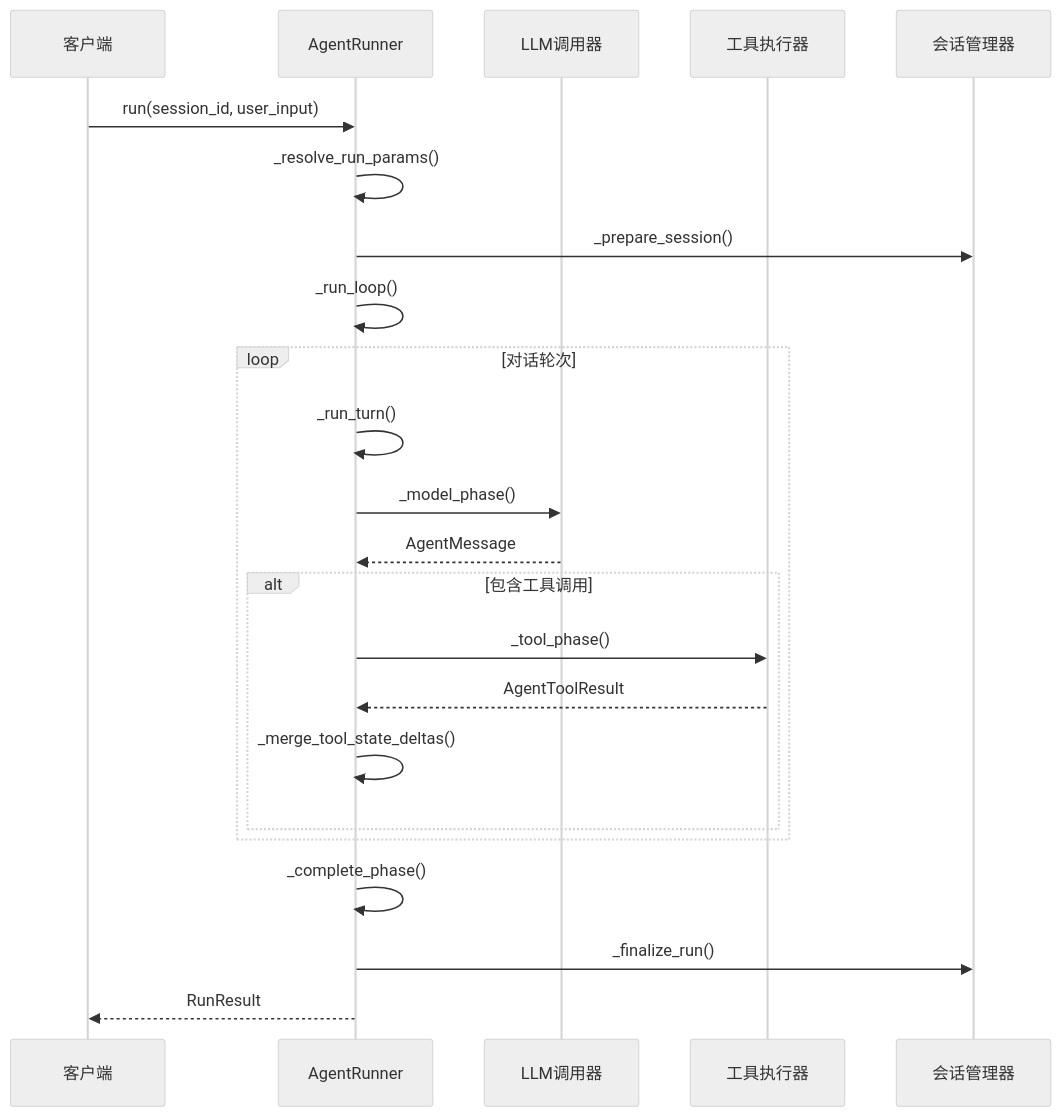
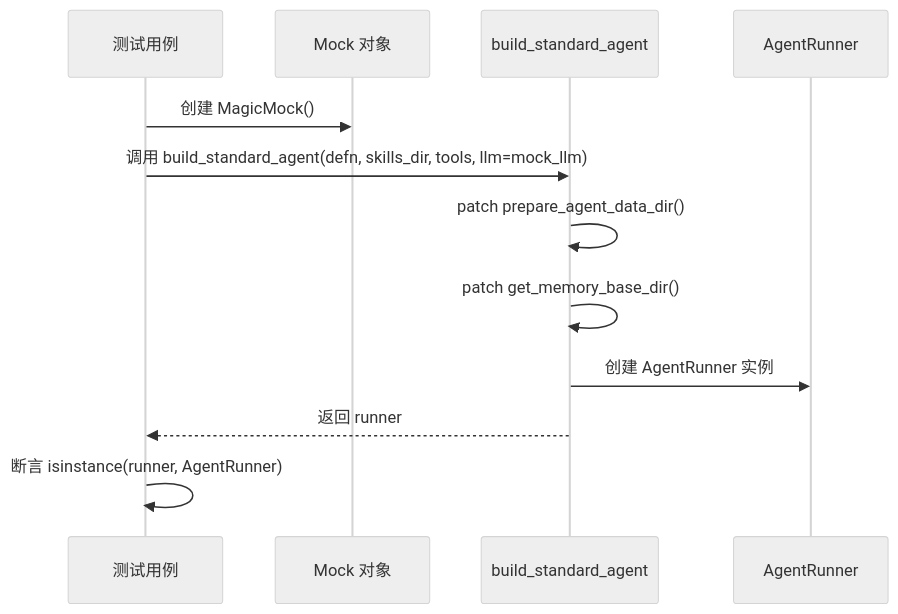
The eighth of 14 diagrams in repowiki/zh/content/测试策略/单元测试/智能体工厂单元测试.md (YU-JI-KUI/ark-agentic), drawn with Mermaid (neutral theme) before and after one commit. The commit also changed other lines of this file and 23 other files, not shown here.

````diff
--- a/repowiki/zh/content/测试策略/单元测试/智能体工厂单元测试.md
+++ b/repowiki/zh/content/测试策略/单元测试/智能体工厂单元测试.md
@@ -312,25 +250,14 @@
 ```mermaid
 sequenceDiagram
-participant Client as 客户端
+participant Test as 测试用例
+participant Mock as Mock 对象
+participant Factory as build_standard_agent
 participant Runner as AgentRunner
-participant LLM as LLM调用器
-participant Tools as 工具执行器
-participant Session as 会话管理器
-Client->>Runner : run(session_id, user_input)
-Runner->>Runner : _resolve_run_params()
-Runner->>Session : _prepare_session()
-Runner->>Runner : _run_loop()
-loop 对话轮次
-Runner->>Runner : _run_turn()
-Runner->>LLM : _model_phase()
-LLM-->>Runner : AgentMessage
-alt 包含工具调用
-Runner->>Tools : _tool_phase()
-Tools-->>Runner : AgentToolResult
-Runner->>Runner : _merge_tool_state_deltas()
-end
-end
-Runner->>Runner : _complete_phase()
-Runner->>Session : _finalize_run()
-Runner-->>Client : RunResult
+Test->>Mock : 创建 MagicMock()
+Test->>Factory : 调用 build_standard_agent(defn, skills_dir, tools, llm=mock_llm)
+Factory->>Factory : patch prepare_agent_data_dir()
+Factory->>Factory : patch get_memory_base_dir()
+Factory->>Runner : 创建 AgentRunner 实例
+Factory-->>Test : 返回 runner
+Test->>Test : 断言 isinstance(runner, AgentRunner)
 ```
````
